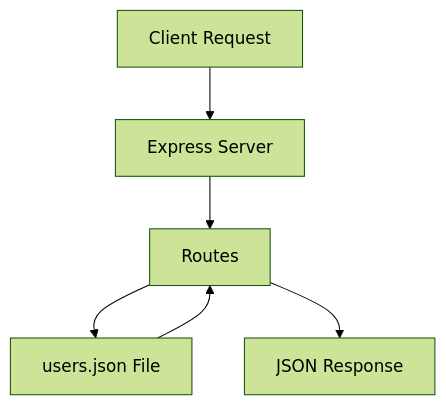
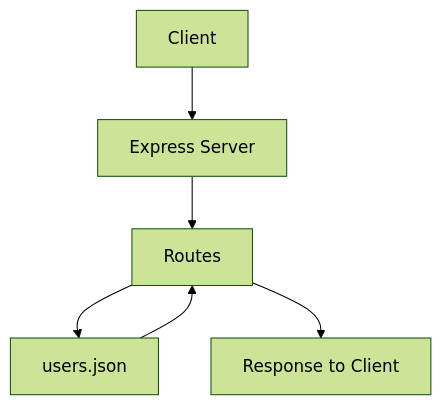
One commit to rpratts1/express-user-api changed the diagram in README.md. Above: the diagram before and after it, drawn with Mermaid (forest theme). The commit also changed other lines of this file, not shown here.

````diff
--- a/README.md
+++ b/README.md
@@ -93,8 +93,8 @@
 ```mermaid
-graph TD
-A[Client Request] --> B[Express Server]
-B --> C[Routes]
-C --> D[users.json File]
-D --> C
-C --> E[JSON Response]
+flowchart TD
+    A[Client] --> B[Express Server]
+    B --> C[Routes]
+    C --> D[users.json]
+    D --> C
+    C --> E[Response to Client]
 ```
````
